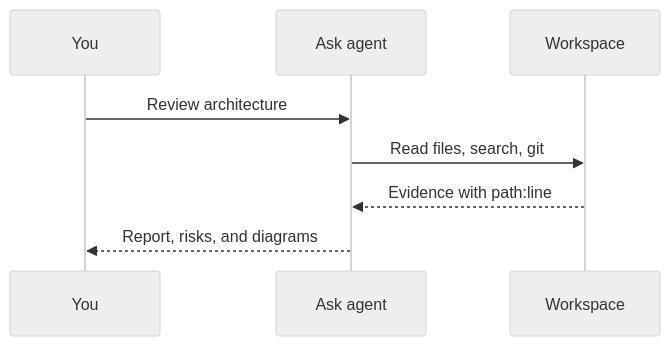
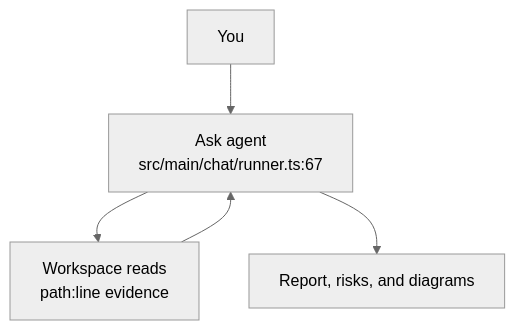
The diagram in docs/guide/understand-a-codebase.md (rajashekar7339/fid-coder-app), drawn with Mermaid (neutral theme) before and after one commit. The commit also changed other lines of this file and 28 other files, not shown here.

````diff
--- a/docs/guide/understand-a-codebase.md
+++ b/docs/guide/understand-a-codebase.md
@@ -45,10 +45,7 @@
 ```mermaid
-sequenceDiagram
-  participant U as You
-  participant A as Ask agent
-  participant W as Workspace
-  U->>A: Review architecture
-  A->>W: Read files, search, git
-  W-->>A: Evidence with path:line
-  A-->>U: Report, risks, and diagrams
+flowchart TD
+  U["You"] --> A["Ask agent<br/>src/main/chat/runner.ts:67"]
+  A --> W["Workspace reads<br/>path:line evidence"]
+  A --> R["Report, risks, and diagrams"]
+  W --> A
 ```
````
